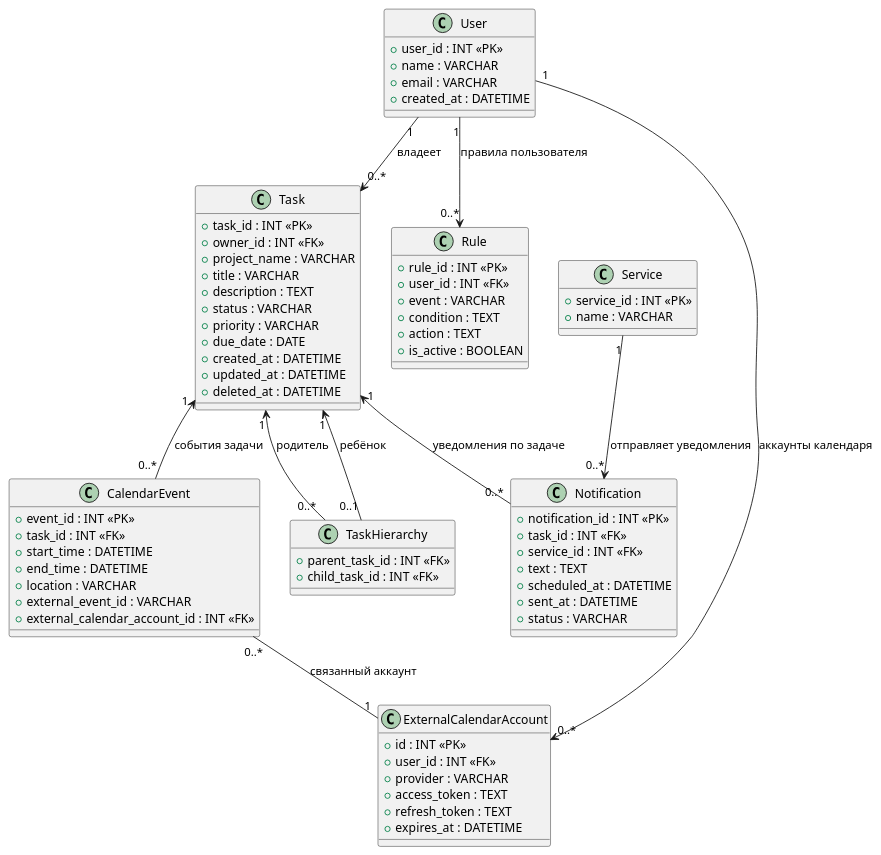
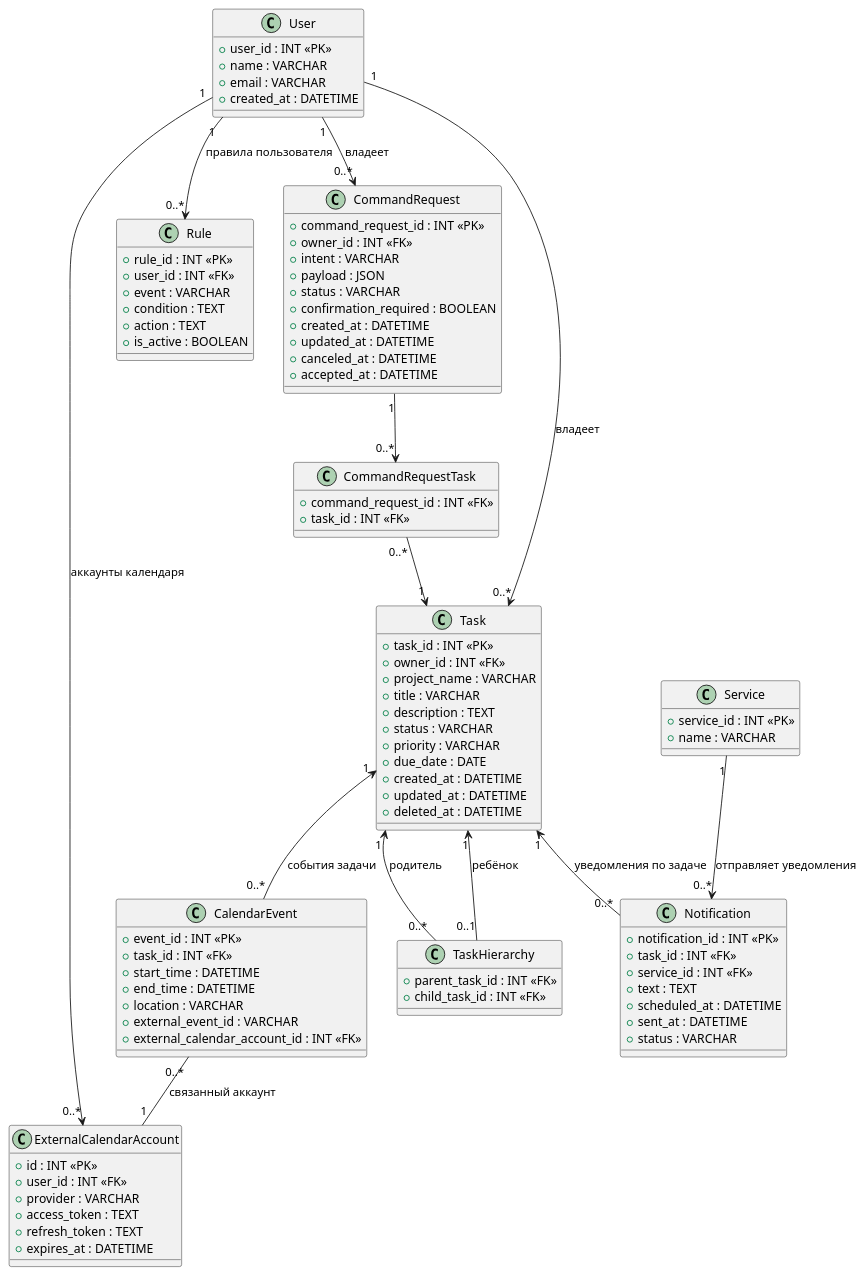
One commit to Krakv/vts-architecture changed the diagram in Lab Work №3/docs/diagrams/db.plantuml. Above: the diagram before and after it, drawn with PlantUML.

Commit message:
LabWork3: уточнение БД

```diff
--- a/Lab Work №3/docs/diagrams/db.plantuml
+++ b/Lab Work №3/docs/diagrams/db.plantuml
@@ -1,92 +1,115 @@
 @startuml DATABASE
 ' База данных задач с подписями на русском
 
 ' Класс Пользователь
 class User {
     +user_id : INT <<PK>>
     +name : VARCHAR
     +email : VARCHAR
     +created_at : DATETIME
 }
 
 ' Класс Задача
 class Task {
     +task_id : INT <<PK>>
     +owner_id : INT <<FK>>
     +project_name : VARCHAR
     +title : VARCHAR
     +description : TEXT
     +status : VARCHAR
     +priority : VARCHAR
     +due_date : DATE
     +created_at : DATETIME
     +updated_at : DATETIME
     +deleted_at : DATETIME
 }
 
 ' Класс Иерархия задач
 class TaskHierarchy {
     +parent_task_id : INT <<FK>>
     +child_task_id : INT <<FK>>
 }
 
 ' Класс Календарь
 class CalendarEvent {
     +event_id : INT <<PK>>
     +task_id : INT <<FK>>
     +start_time : DATETIME
     +end_time : DATETIME
     +location : VARCHAR
     +external_event_id : VARCHAR
     +external_calendar_account_id : INT <<FK>>
 }
 
 ' Класс Правило
 class Rule {
     +rule_id : INT <<PK>>
     +user_id : INT <<FK>>
     +event : VARCHAR        
     +condition : TEXT       
     +action : TEXT          
     +is_active : BOOLEAN
 }
 
 ' Класс Уведомление
 class Notification {
     +notification_id : INT <<PK>>
     +task_id : INT <<FK>>
     +service_id : INT <<FK>>
     +text : TEXT
     +scheduled_at : DATETIME
     +sent_at : DATETIME
     +status : VARCHAR
 }
 
 ' Класс Сервис для уведомлений
 class Service {
     +service_id : INT <<PK>>
     +name : VARCHAR
 }
 
 ' Класс для хранения ключей доступа к календарю пользователя
 class ExternalCalendarAccount {
     +id : INT <<PK>>
     +user_id : INT <<FK>>
     +provider : VARCHAR
     +access_token : TEXT
     +refresh_token : TEXT
     +expires_at : DATETIME
 }
 
+class CommandRequest {
+    +command_request_id : INT <<PK>>
+    +owner_id : INT <<FK>>
+    +intent : VARCHAR
+    +payload : JSON
+    +status : VARCHAR
+    +confirmation_required : BOOLEAN
+    +created_at : DATETIME
+    +updated_at : DATETIME
+    +canceled_at : DATETIME
+    +accepted_at : DATETIME
+}
+
+class CommandRequestTask {
+    +command_request_id : INT <<FK>>
+    +task_id : INT <<FK>>
+}
+
+
 ' Ассоциации с подписями на русском
 User "1" --> "0..*" Task : владеет
 Task "1" <-- "0..*" CalendarEvent : события задачи
 Task "1" <-- "0..*" Notification : уведомления по задаче
 Task "1" <-- "0..*" TaskHierarchy : родитель
 Task "1" <-- "0..1" TaskHierarchy : ребёнок
 User "1" --> "0..*" Rule : правила пользователя
 Service "1" --> "0..*" Notification : отправляет уведомления
 User "1" --> "0..*" ExternalCalendarAccount : аккаунты календаря
 CalendarEvent "0..*" -- "1" ExternalCalendarAccount : связанный аккаунт
+User "1" --> "0..*" CommandRequest : владеет
+CommandRequest "1" --> "0..*" CommandRequestTask
+CommandRequestTask "0..*" --> "1" Task
+
 
 @enduml
```
